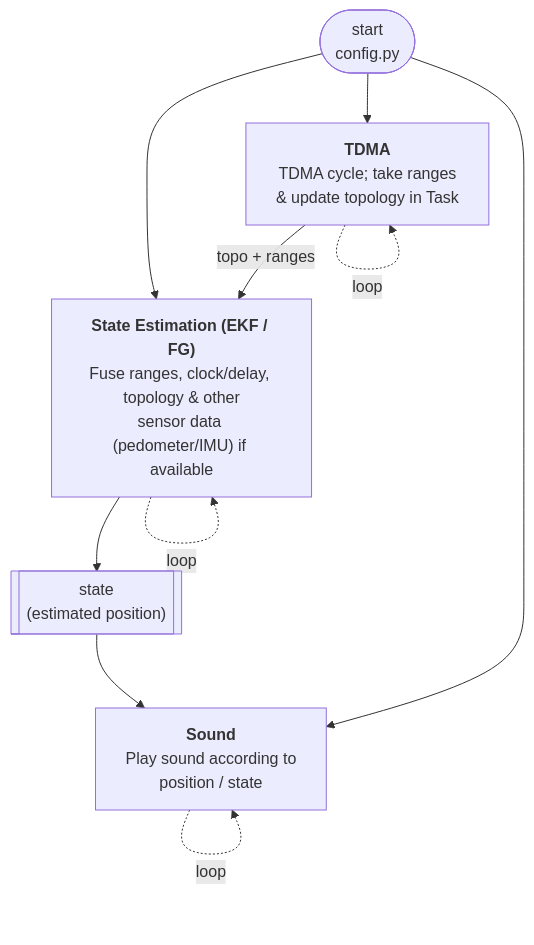
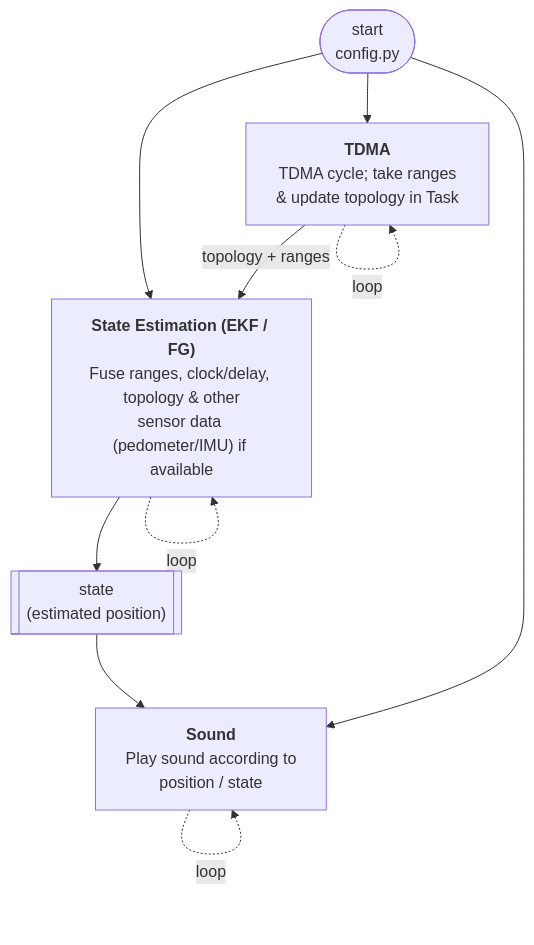
Before and after one commit to dy-dx-1/clamour: the first of 2 diagrams in README.md, drawn with Mermaid.

Commit message:
feat(README): fixed a typo

````diff
--- a/README.md
+++ b/README.md
@@ -46,25 +46,25 @@
 ```mermaid
 flowchart TD
     START(["start<br/>config.py"])
 
         EST["<b>State Estimation (EKF / FG)</b><br/>Fuse ranges, clock/delay, topology &amp; other<br/>sensor data (pedometer/IMU) if available"]
 
         TDMA["<b>TDMA</b><br/>TDMA cycle; take ranges<br/>&amp; update topology in Task"]
 
         SND["<b>Sound</b><br/>Play sound according to<br/>position / state"]
 
     STATE[["state<br/>(estimated position)"]]
 
     START --> EST
 
     START --> TDMA
     START --> SND
 
-    TDMA -->|"topo + ranges"| EST
+    TDMA -->|"topology + ranges"| EST
     EST --> STATE
     STATE --> SND
 
     EST -. "loop" .-> EST
     TDMA -. "loop" .-> TDMA
     SND -. "loop" .-> SND
 ```
````
